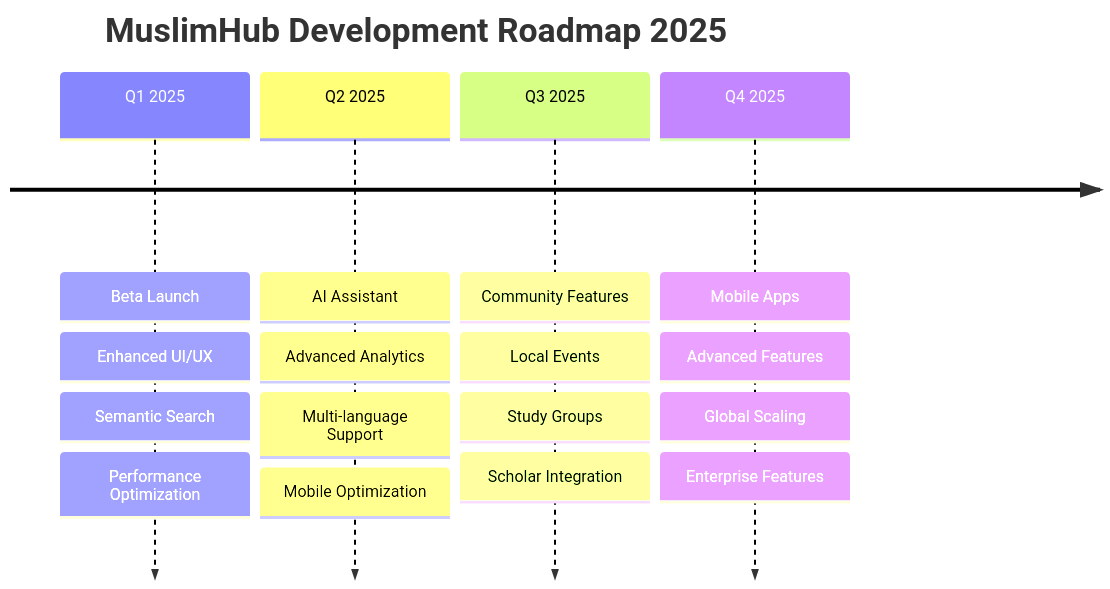
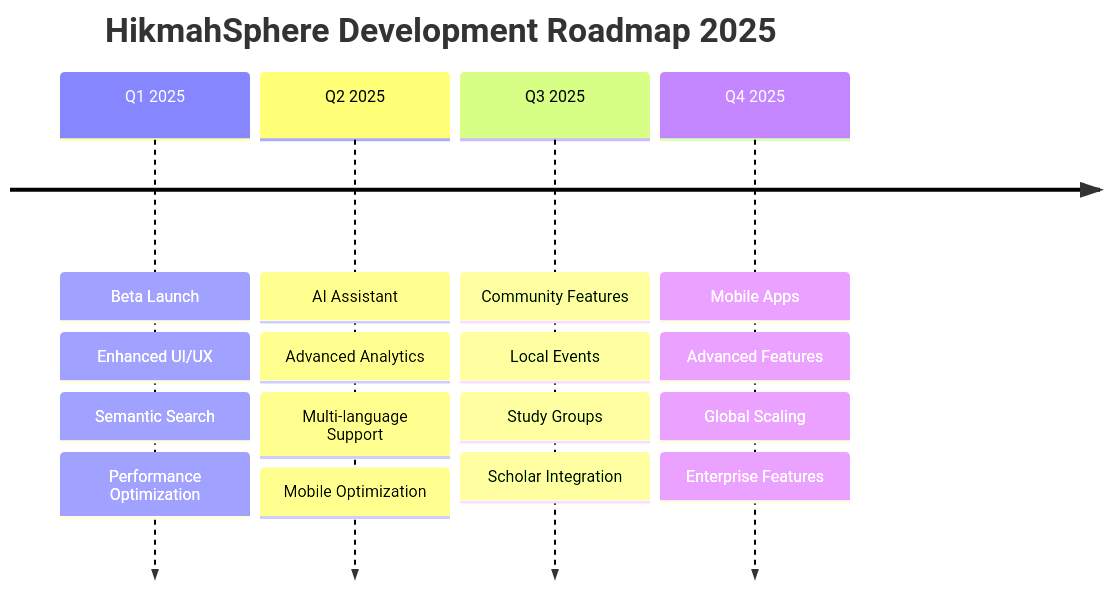
The third of 3 diagrams in README.md (ifrahazmi/HikmahSphere), drawn with Mermaid before and after one commit. The commit also changed other lines of this file, not shown here.

Commit message:
Rename project from MuslimHub to HikmahSphere

````diff
--- a/README.md
+++ b/README.md
@@ -1071,24 +1071,24 @@
 ```mermaid
 timeline
-    title MuslimHub Development Roadmap 2025
+    title HikmahSphere Development Roadmap 2025
     
     Q1 2025 : Beta Launch
              : Enhanced UI/UX
              : Semantic Search
              : Performance Optimization
     
     Q2 2025 : AI Assistant
              : Advanced Analytics
              : Multi-language Support
              : Mobile Optimization
     
     Q3 2025 : Community Features
              : Local Events
              : Study Groups
              : Scholar Integration
     
     Q4 2025 : Mobile Apps
              : Advanced Features
              : Global Scaling
              : Enterprise Features
 ```
````
